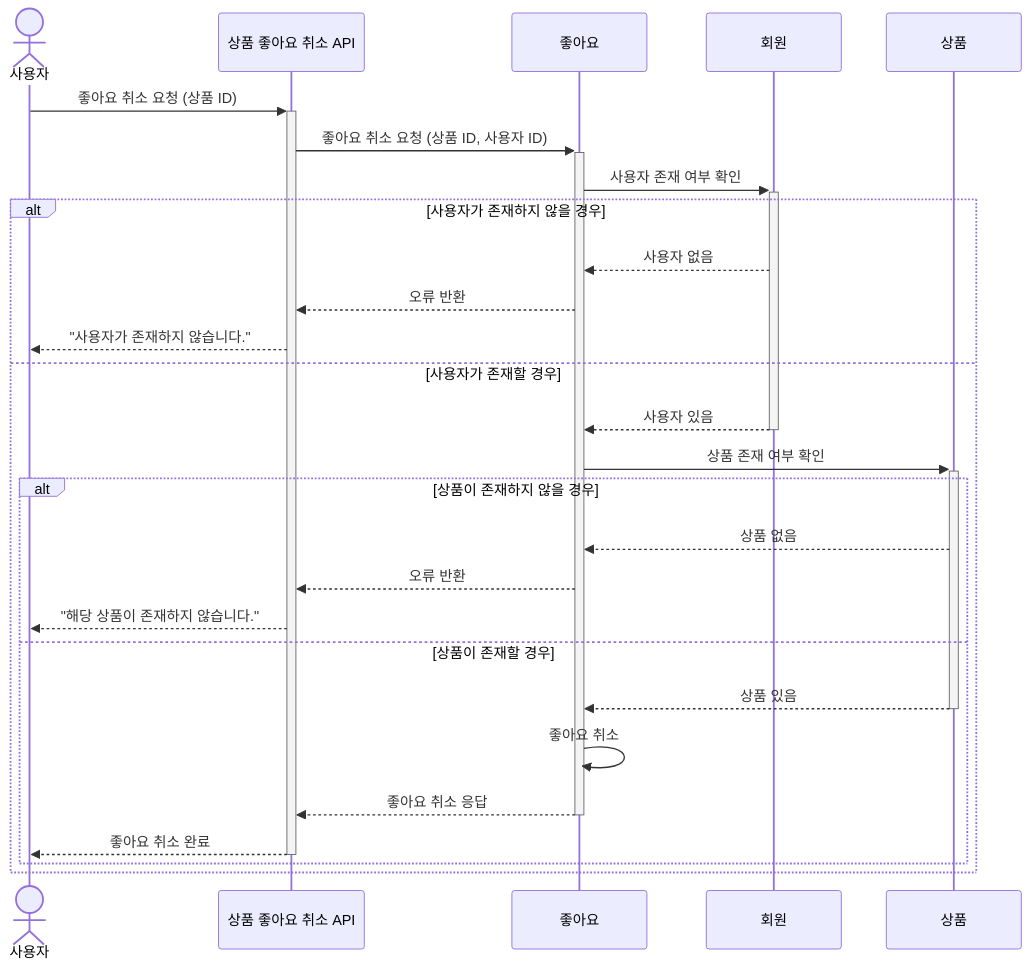
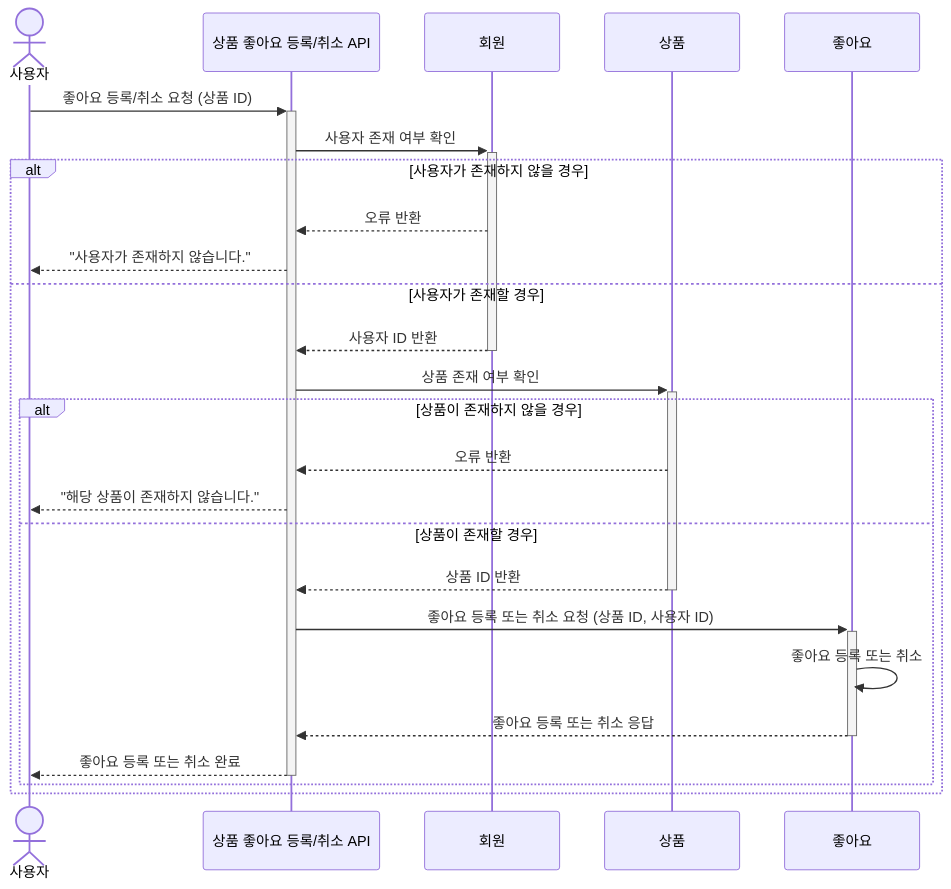
The fourth of 8 diagrams in docs/design/02-sequence-diagrams.md (kodonghee/loopers-e-commerce), drawn with Mermaid before and after one commit. The commit also changed other lines of this file, not shown here.

Commit message:
fix: 시퀀스 다이어그램 - 구조 변경

````diff
--- a/docs/design/02-sequence-diagrams.md
+++ b/docs/design/02-sequence-diagrams.md
@@ -104,32 +68,29 @@
 ```mermaid
 sequenceDiagram
-    actor 사용자
-    participant 상품 좋아요 취소 API
-    participant 좋아요
-    participant 회원
-    participant 상품
+actor 사용자
+participant 상품 좋아요 등록/취소 API
+participant 회원
+participant 상품
+participant 좋아요
 
-    사용자->>+상품 좋아요 취소 API: 좋아요 취소 요청 (상품 ID)
+    사용자->>+상품 좋아요 등록/취소 API: 좋아요 등록/취소 요청 (상품 ID)
 
-    상품 좋아요 취소 API->>+좋아요: 좋아요 취소 요청 (상품 ID, 사용자 ID)
-    좋아요->>+회원: 사용자 존재 여부 확인
-
+    상품 좋아요 등록/취소 API->>+회원: 사용자 존재 여부 확인
     alt 사용자가 존재하지 않을 경우
-        회원-->>좋아요: 사용자 없음
-        좋아요-->>상품 좋아요 취소 API: 오류 반환
-        상품 좋아요 취소 API-->>사용자: "사용자가 존재하지 않습니다."
+        회원-->>상품 좋아요 등록/취소 API: 오류 반환
+        상품 좋아요 등록/취소 API-->>사용자: "사용자가 존재하지 않습니다."
     else 사용자가 존재할 경우
-        회원-->>-좋아요: 사용자 있음
-        좋아요->>+상품: 상품 존재 여부 확인
+        회원-->>-상품 좋아요 등록/취소 API: 사용자 ID 반환
+        상품 좋아요 등록/취소 API->>+상품: 상품 존재 여부 확인
         alt 상품이 존재하지 않을 경우
-            상품-->>좋아요: 상품 없음
-            좋아요-->>상품 좋아요 취소 API: 오류 반환
-            상품 좋아요 취소 API-->>사용자: "해당 상품이 존재하지 않습니다."
+            상품-->>상품 좋아요 등록/취소 API: 오류 반환
+            상품 좋아요 등록/취소 API-->>사용자: "해당 상품이 존재하지 않습니다."
         else 상품이 존재할 경우
-            상품-->>-좋아요: 상품 있음
-            좋아요->>좋아요: 좋아요 취소
-            좋아요-->>-상품 좋아요 취소 API: 좋아요 취소 응답
-            상품 좋아요 취소 API-->>-사용자: 좋아요 취소 완료
+            상품-->>-상품 좋아요 등록/취소 API: 상품 ID 반환
+            상품 좋아요 등록/취소 API->>+좋아요: 좋아요 등록 또는 취소 요청 (상품 ID, 사용자 ID)
+            좋아요->>좋아요: 좋아요 등록 또는 취소
+            좋아요-->>-상품 좋아요 등록/취소 API: 좋아요 등록 또는 취소 응답
+            상품 좋아요 등록/취소 API-->>-사용자: 좋아요 등록 또는 취소 완료
         end
     end
 ```
````
